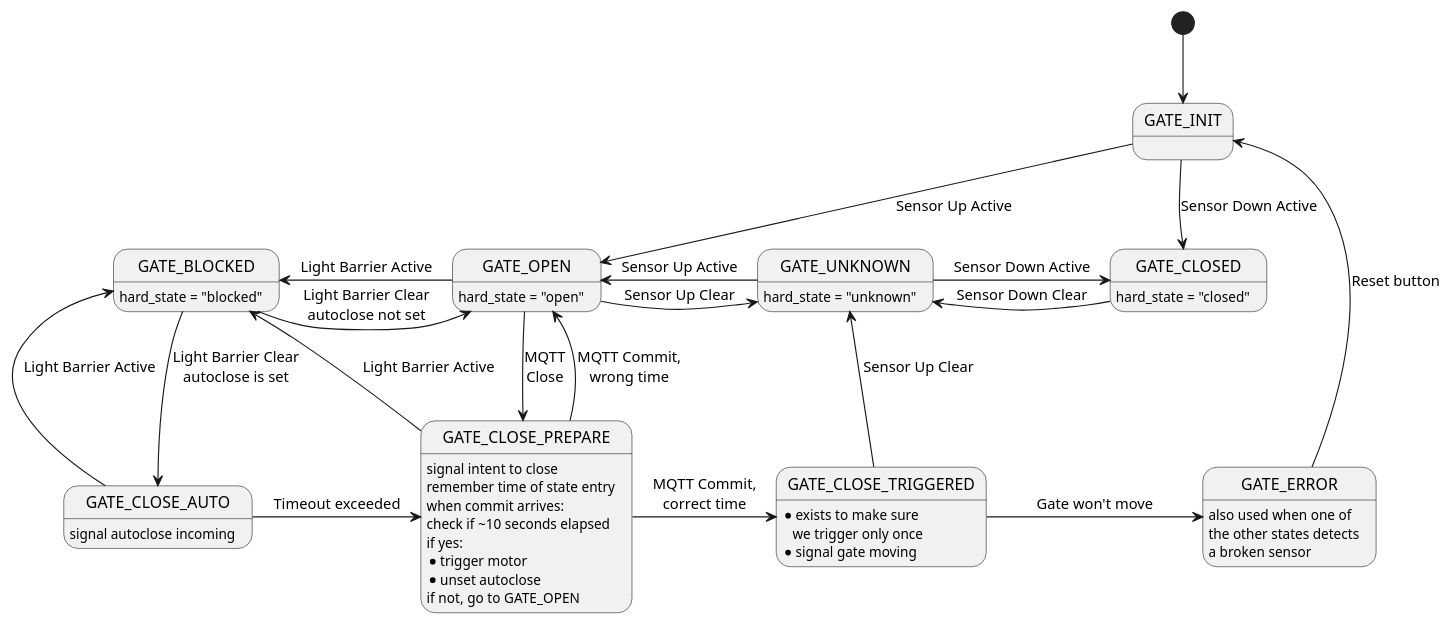
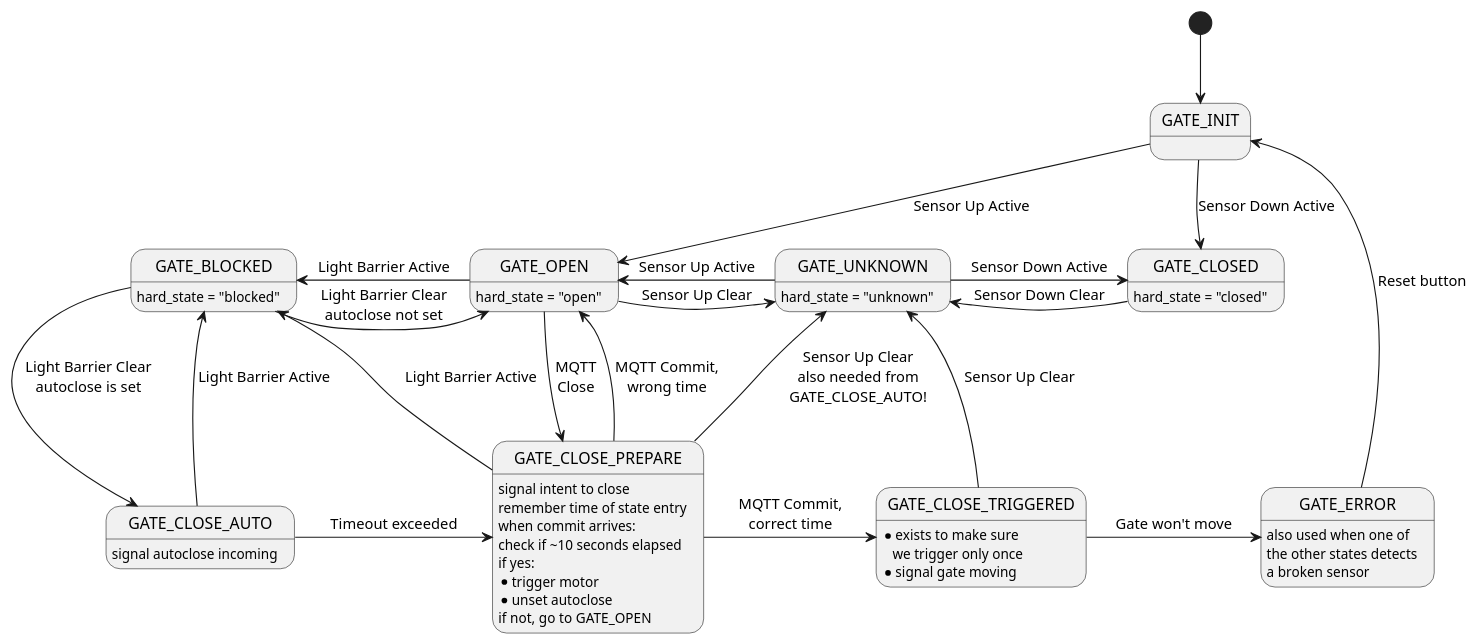
Before and after one commit to Svedrin/gatecontrol: the diagram in docs/statemachine.puml, drawn with PlantUML. The commit also changed 1 other file, not shown here.

```diff
--- a/docs/statemachine.puml
+++ b/docs/statemachine.puml
@@ -1,52 +1,53 @@
 @startuml
 
 [*] --> GATE_INIT
 
 GATE_INIT    -down-> GATE_CLOSED   : Sensor Down Active
 GATE_INIT    -down-> GATE_OPEN     : Sensor Up Active
 
 GATE_BLOCKED -right-> GATE_OPEN    : Light Barrier Clear\nautoclose not set
 GATE_OPEN    -left->  GATE_BLOCKED : Light Barrier Active
 
 GATE_UNKNOWN -right-> GATE_CLOSED  : Sensor Down Active
 GATE_CLOSED  -left->  GATE_UNKNOWN : Sensor Down Clear
 
 GATE_OPEN    -right-> GATE_UNKNOWN : Sensor Up Clear
 GATE_UNKNOWN -left->  GATE_OPEN    : Sensor Up Active
 
 GATE_OPEN:    hard_state = "open"
 GATE_UNKNOWN: hard_state = "unknown"
 GATE_CLOSED:  hard_state = "closed"
 GATE_BLOCKED: hard_state = "blocked"
 
 
 GATE_BLOCKED    -down->  GATE_CLOSE_AUTO    : Light Barrier Clear\nautoclose is set
 GATE_CLOSE_AUTO -up->    GATE_BLOCKED       : Light Barrier Active
 GATE_CLOSE_AUTO -right-> GATE_CLOSE_PREPARE : Timeout exceeded
 GATE_CLOSE_AUTO : signal autoclose incoming
 
 GATE_OPEN    -down->  GATE_CLOSE_PREPARE : MQTT\nClose
 GATE_CLOSE_PREPARE: signal intent to close
 GATE_CLOSE_PREPARE: remember time of state entry
 GATE_CLOSE_PREPARE: when commit arrives:
 GATE_CLOSE_PREPARE: check if ~10 seconds elapsed
 GATE_CLOSE_PREPARE: if yes:
 GATE_CLOSE_PREPARE: * trigger motor
 GATE_CLOSE_PREPARE: * unset autoclose
 GATE_CLOSE_PREPARE: if not, go to GATE_OPEN
 
 GATE_CLOSE_PREPARE   -up->     GATE_BLOCKED         : Light Barrier Active
+GATE_CLOSE_PREPARE   -up->     GATE_UNKNOWN         : Sensor Up Clear\nalso needed from\nGATE_CLOSE_AUTO!
 GATE_CLOSE_PREPARE   -up->     GATE_OPEN            : MQTT Commit,\nwrong time
 GATE_CLOSE_PREPARE   -right->  GATE_CLOSE_TRIGGERED : MQTT Commit,\ncorrect time
 
 GATE_CLOSE_TRIGGERED -up->     GATE_UNKNOWN         : Sensor Up Clear
 GATE_CLOSE_TRIGGERED -right->  GATE_ERROR           : Gate won't move
 GATE_CLOSE_TRIGGERED: * exists to make sure\n   we trigger only once
 GATE_CLOSE_TRIGGERED: * signal gate moving
 
 GATE_ERROR           -up->     GATE_INIT            : Reset button
 GATE_ERROR: also used when one of
 GATE_ERROR: the other states detects
 GATE_ERROR: a broken sensor
 
 @enduml
```
